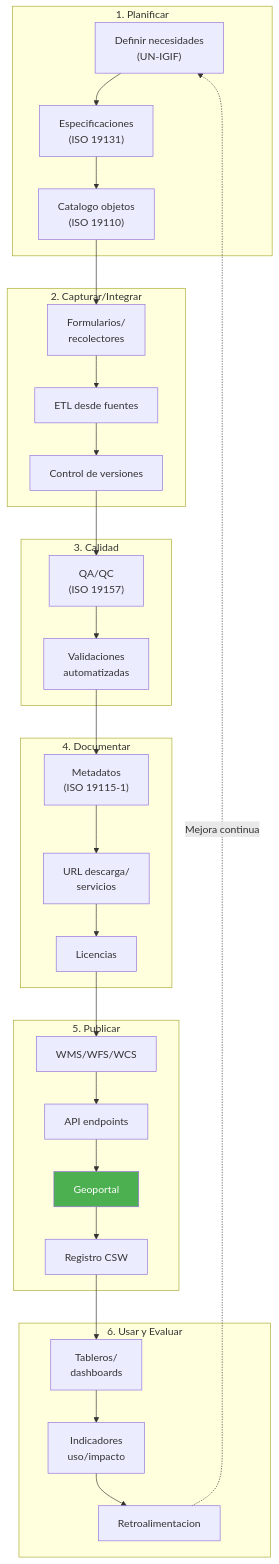
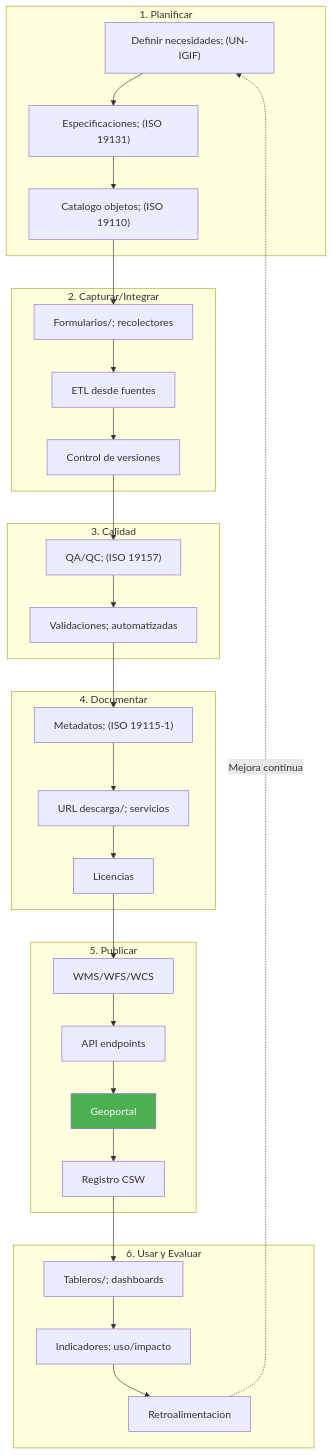
The second of 7 diagrams in KNOWLEDGE/gn/kb/bpmn-geoespacial-ide.md (felix-antonio-sl/kora), drawn with Mermaid before and after one commit. The commit also changed other lines of this file and 1034 other files, not shown here.

````diff
--- a/KNOWLEDGE/gn/kb/bpmn-geoespacial-ide.md
+++ b/KNOWLEDGE/gn/kb/bpmn-geoespacial-ide.md
@@ -70,43 +80,43 @@
 ```mermaid
 flowchart TD
-    subgraph PLANIFICAR["1. Planificar"]
-        A["Definir necesidades<br/>(UN-IGIF)"]
-        B["Especificaciones<br/>(ISO 19131)"]
-        C["Catalogo objetos<br/>(ISO 19110)"]
-    end
+ subgraph PLANIFICAR["1. Planificar"]
+ A["Definir necesidades; (UN-IGIF)"]
+ B["Especificaciones; (ISO 19131)"]
+ C["Catalogo objetos; (ISO 19110)"]
+ end
 
-    subgraph CAPTURAR["2. Capturar/Integrar"]
-        D["Formularios/<br/>recolectores"]
-        E["ETL desde fuentes"]
-        F["Control de versiones"]
-    end
+ subgraph CAPTURAR["2. Capturar/Integrar"]
+ D["Formularios/; recolectores"]
+ E["ETL desde fuentes"]
+ F["Control de versiones"]
+ end
 
-    subgraph CALIDAD["3. Calidad"]
-        G["QA/QC<br/>(ISO 19157)"]
-        H["Validaciones<br/>automatizadas"]
-    end
+ subgraph CALIDAD["3. Calidad"]
+ G["QA/QC; (ISO 19157)"]
+ H["Validaciones; automatizadas"]
+ end
 
-    subgraph DOCUMENTAR["4. Documentar"]
-        I["Metadatos<br/>(ISO 19115-1)"]
-        J["URL descarga/<br/>servicios"]
-        K["Licencias"]
-    end
+ subgraph DOCUMENTAR["4. Documentar"]
+ I["Metadatos; (ISO 19115-1)"]
+ J["URL descarga/; servicios"]
+ K["Licencias"]
+ end
 
-    subgraph PUBLICAR["5. Publicar"]
-        L["WMS/WFS/WCS"]
-        M["API endpoints"]
-        N["Geoportal"]
-        O["Registro CSW"]
-    end
+ subgraph PUBLICAR["5. Publicar"]
+ L["WMS/WFS/WCS"]
+ M["API endpoints"]
+ N["Geoportal"]
+ O["Registro CSW"]
+ end
 
-    subgraph USAR["6. Usar y Evaluar"]
-        P["Tableros/<br/>dashboards"]
-        Q["Indicadores<br/>uso/impacto"]
-        R["Retroalimentacion"]
-    end
+ subgraph USAR["6. Usar y Evaluar"]
+ P["Tableros/; dashboards"]
+ Q["Indicadores; uso/impacto"]
+ R["Retroalimentacion"]
+ end
 
-    A --> B --> C --> D --> E --> F --> G --> H --> I --> J --> K --> L --> M --> N --> O --> P --> Q --> R
-    R -.->|"Mejora continua"| A
+ A --> B --> C --> D --> E --> F --> G --> H --> I --> J --> K --> L --> M --> N --> O --> P --> Q --> R
+ R -.->|"Mejora continua"| A
 
-    style N fill:#4CAF50,color:#fff
+ style N fill:#4CAF50,color:#fff
 ```
````
